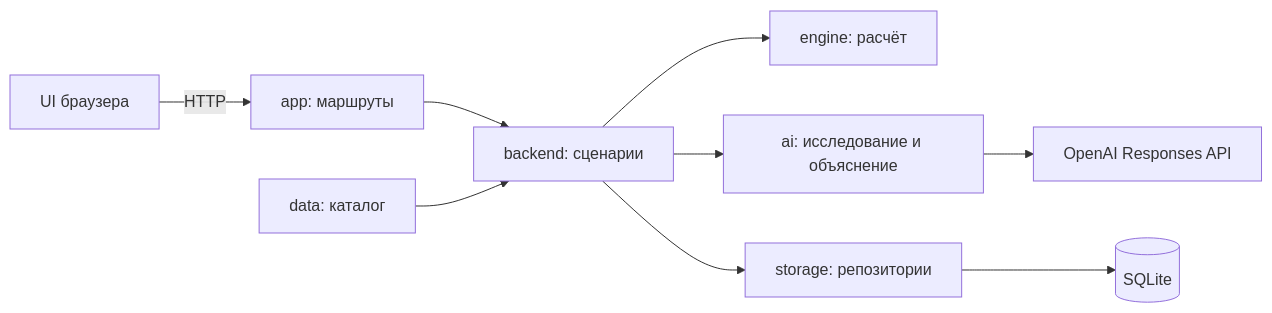
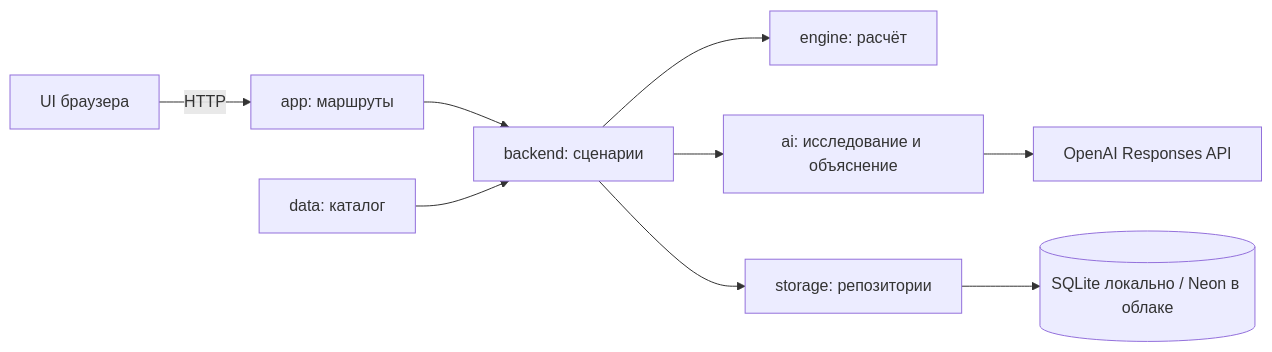
Before and after one commit to BAITC-Hacks/hack-4078ad52-mama-papa-and-me: the diagram in docs/architecture/README.md, drawn with Mermaid. The commit also changed other lines of this file and 16 other files, not shown here.

````diff
--- a/docs/architecture/README.md
+++ b/docs/architecture/README.md
@@ -10,11 +10,11 @@
 ```mermaid
 flowchart LR
   UI[UI браузера] -->|HTTP| Routes[app: маршруты]
   Routes --> Backend[backend: сценарии]
   Backend --> Engine[engine: расчёт]
   Data[data: каталог] --> Backend
   Backend --> AI[ai: исследование и объяснение]
   AI --> OpenAI[OpenAI Responses API]
   Backend --> Storage[storage: репозитории]
-  Storage --> SQLite[(SQLite)]
+  Storage --> DB[(SQLite локально / Neon в облаке)]
 ```
````
